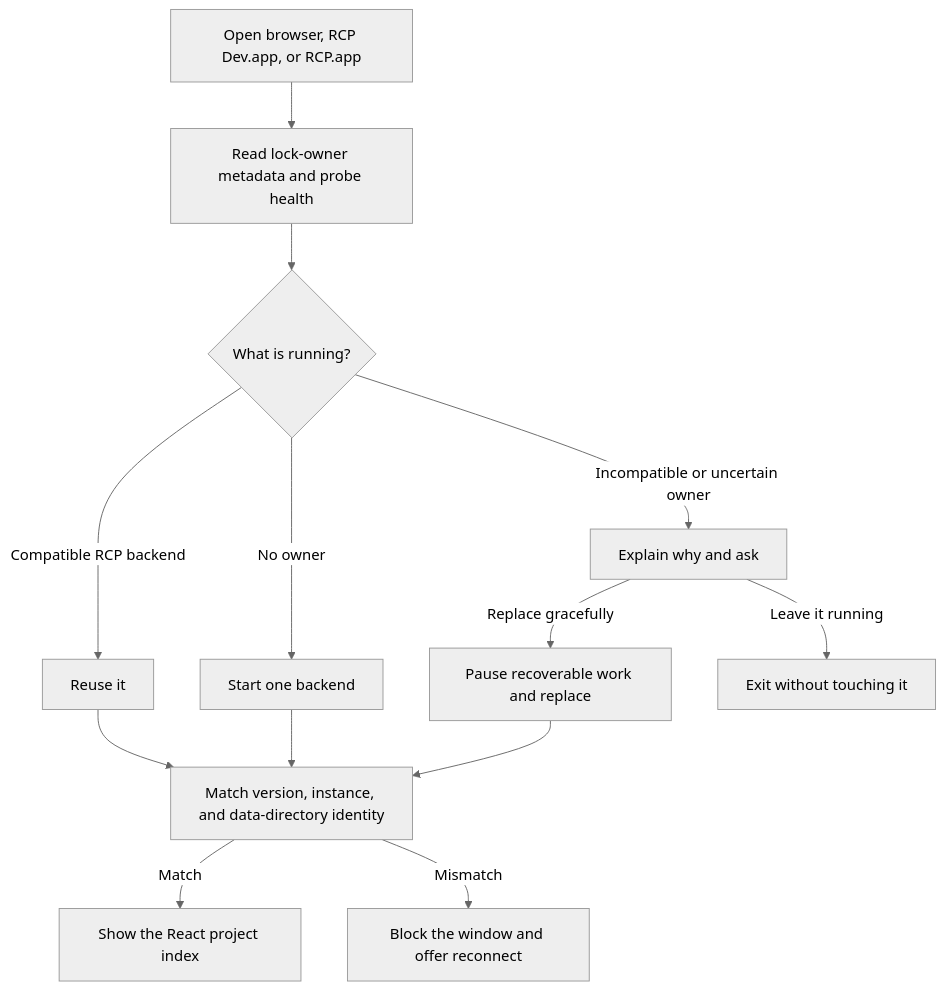
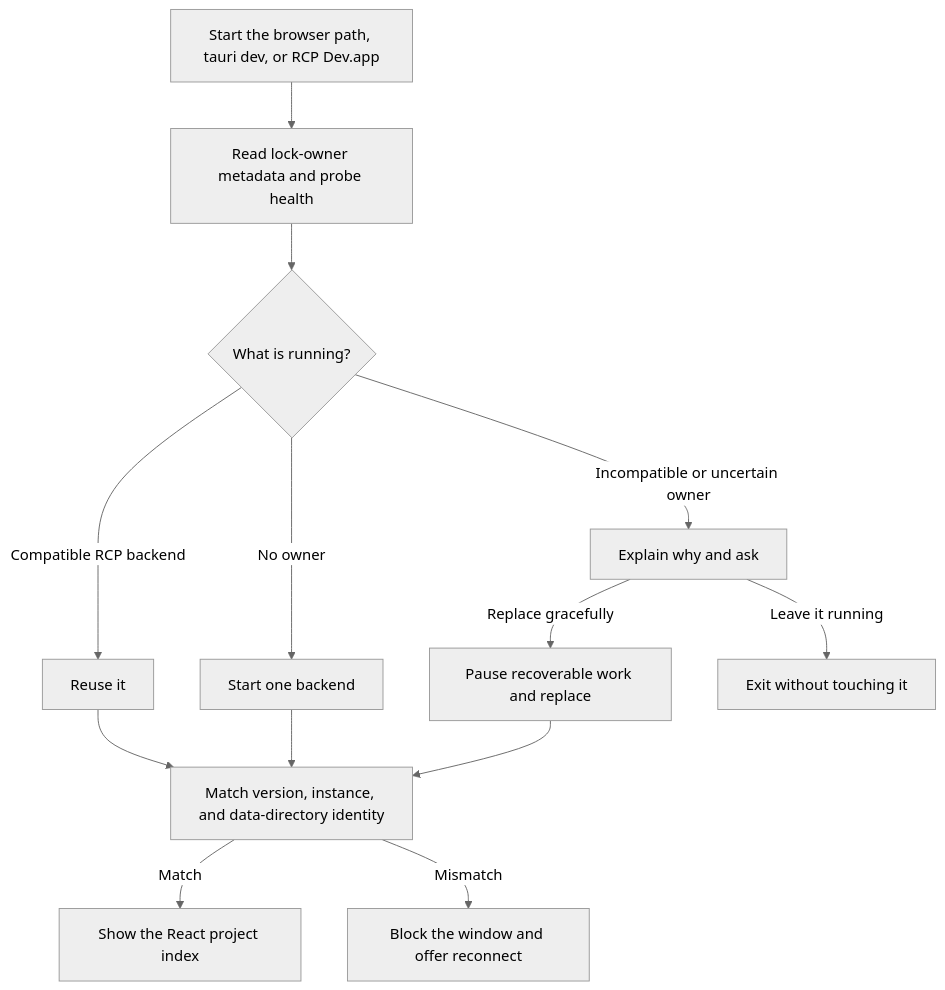
Before and after one commit to Zhi0467/RCP: the second of 2 diagrams in README.md, drawn with Mermaid (neutral theme). The commit also changed other lines of this file and 1 other file, not shown here.

````diff
--- a/README.md
+++ b/README.md
@@ -266,19 +164,19 @@
 ```mermaid
 flowchart TD
-    Open["Open browser, RCP Dev.app, or RCP.app"] --> Discover["Read lock-owner metadata and probe health"]
+    Open["Start the browser path, tauri dev, or RCP Dev.app"] --> Discover["Read lock-owner metadata and probe health"]
     Discover --> Decision{"What is running?"}
 
     Decision -->|"Compatible RCP backend"| Reuse["Reuse it"]
     Decision -->|"No owner"| Start["Start one backend"]
     Decision -->|"Incompatible or uncertain owner"| Ask["Explain why and ask"]
 
     Ask -->|"Replace gracefully"| Replace["Pause recoverable work and replace"]
     Ask -->|"Leave it running"| Leave["Exit without touching it"]
 
     Reuse --> Verify["Match version, instance, and data-directory identity"]
     Start --> Verify
     Replace --> Verify
 
     Verify -->|"Match"| Show["Show the React project index"]
     Verify -->|"Mismatch"| Block["Block the window and offer reconnect"]
 ```
````
